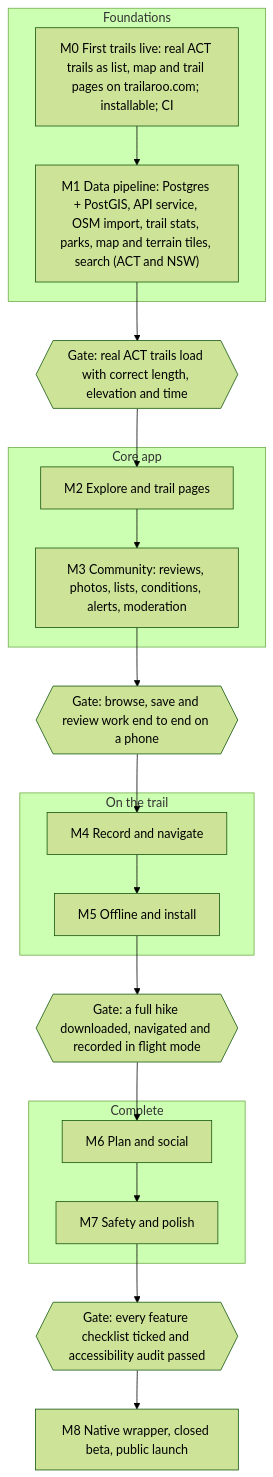
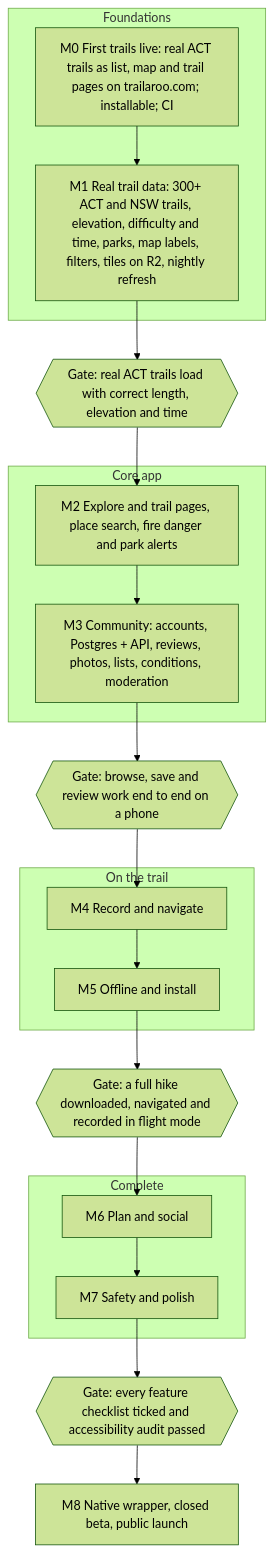
The second of 2 diagrams in docs/SPEC.md (vextoapp/trailaroo), drawn with Mermaid (forest theme) before and after one commit. The commit also changed other lines of this file, not shown here.

First line of the commit message:
docs: tick M0; reshape M1 to Real trail data (#3)

````diff
--- a/docs/SPEC.md
+++ b/docs/SPEC.md
@@ -489,23 +489,23 @@
 ```mermaid
 flowchart TB
   subgraph P1["Foundations"]
-    M0["M0 First trails live: real ACT trails as list, map and trail pages on trailaroo.com; installable; CI"] --> M1["M1 Data pipeline: Postgres + PostGIS, API service, OSM import, trail stats, parks, map and terrain tiles, search (ACT and NSW)"]
+    M0["M0 First trails live: real ACT trails as list, map and trail pages on trailaroo.com; installable; CI"] --> M1["M1 Real trail data: 300+ ACT and NSW trails, elevation, difficulty and time, parks, map labels, filters, tiles on R2, nightly refresh"]
   end
   M1 --> G1{{"Gate: real ACT trails load with correct length, elevation and time"}}
   subgraph P2["Core app"]
-    M2["M2 Explore and trail pages"] --> M3["M3 Community: reviews, photos, lists, conditions, alerts, moderation"]
+    M2["M2 Explore and trail pages, place search, fire danger and park alerts"] --> M3["M3 Community: accounts, Postgres + API, reviews, photos, lists, conditions, moderation"]
   end
   G1 --> M2
   M3 --> G2{{"Gate: browse, save and review work end to end on a phone"}}
   subgraph P3["On the trail"]
     M4["M4 Record and navigate"] --> M5["M5 Offline and install"]
   end
   G2 --> M4
   M5 --> G3{{"Gate: a full hike downloaded, navigated and recorded in flight mode"}}
   subgraph P4["Complete"]
     M6["M6 Plan and social"] --> M7["M7 Safety and polish"]
   end
   G3 --> M6
   M7 --> G4{{"Gate: every feature checklist ticked and accessibility audit passed"}}
   G4 --> M8["M8 Native wrapper, closed beta, public launch"]
 ```
````
